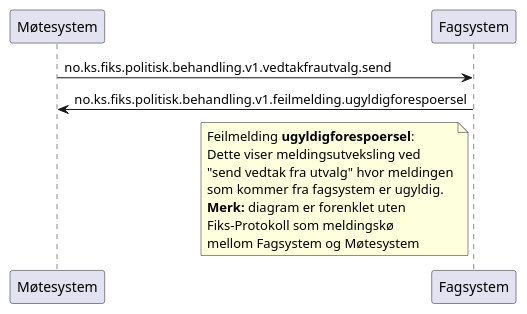
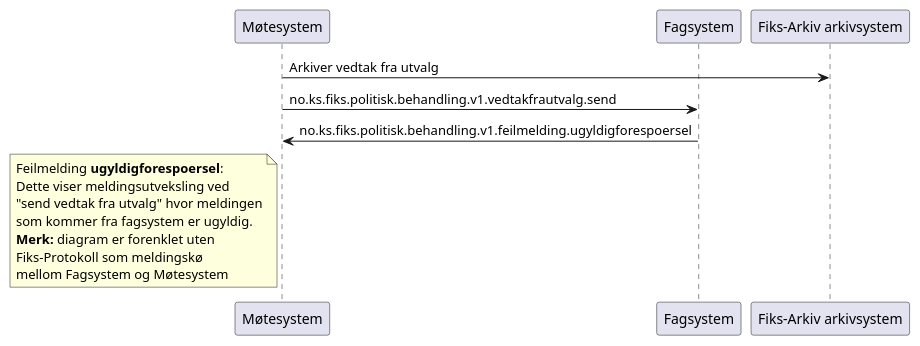
The diagram in Dokumentasjon/V1/meldingsutveksling/vedtakfrautvalg-send/sekvensdiagram/sekvensdiagram-vedtakfrautvalg-send-ugyldigforespoersel.puml (ks-no/fiks-politisk-behandling-specification), drawn with PlantUML before and after one commit. The commit also changed 57 other files, not shown here.

Commit message:
Oppdatert diagrammer og README's i henhold til kommentarer

```diff
--- a/Dokumentasjon/V1/meldingsutveksling/vedtakfrautvalg-send/sekvensdiagram/sekvensdiagram-vedtakfrautvalg-send-ugyldigforespoersel.puml
+++ b/Dokumentasjon/V1/meldingsutveksling/vedtakfrautvalg-send/sekvensdiagram/sekvensdiagram-vedtakfrautvalg-send-ugyldigforespoersel.puml
@@ -1,18 +1,21 @@
 @startuml
 participant Møtesystem as "Møtesystem"
 participant Fagsystem as "Fagsystem"
+participant Arkivsystem as "Fiks-Arkiv arkivsystem"
+
+Møtesystem -> Arkivsystem : Arkiver vedtak fra utvalg
 
 Møtesystem -> Fagsystem : no.ks.fiks.politisk.behandling.v1.vedtakfrautvalg.send
 Møtesystem <- Fagsystem : no.ks.fiks.politisk.behandling.v1.feilmelding.ugyldigforespoersel
 
-note left of Fagsystem
+note left of Møtesystem
 Feilmelding **ugyldigforespoersel**:
 Dette viser meldingsutveksling ved
 "send vedtak fra utvalg" hvor meldingen
 som kommer fra fagsystem er ugyldig.
 **Merk:** diagram er forenklet uten
 Fiks-Protokoll som meldingskø
 mellom Fagsystem og Møtesystem
 end note
 
 @enduml
```
